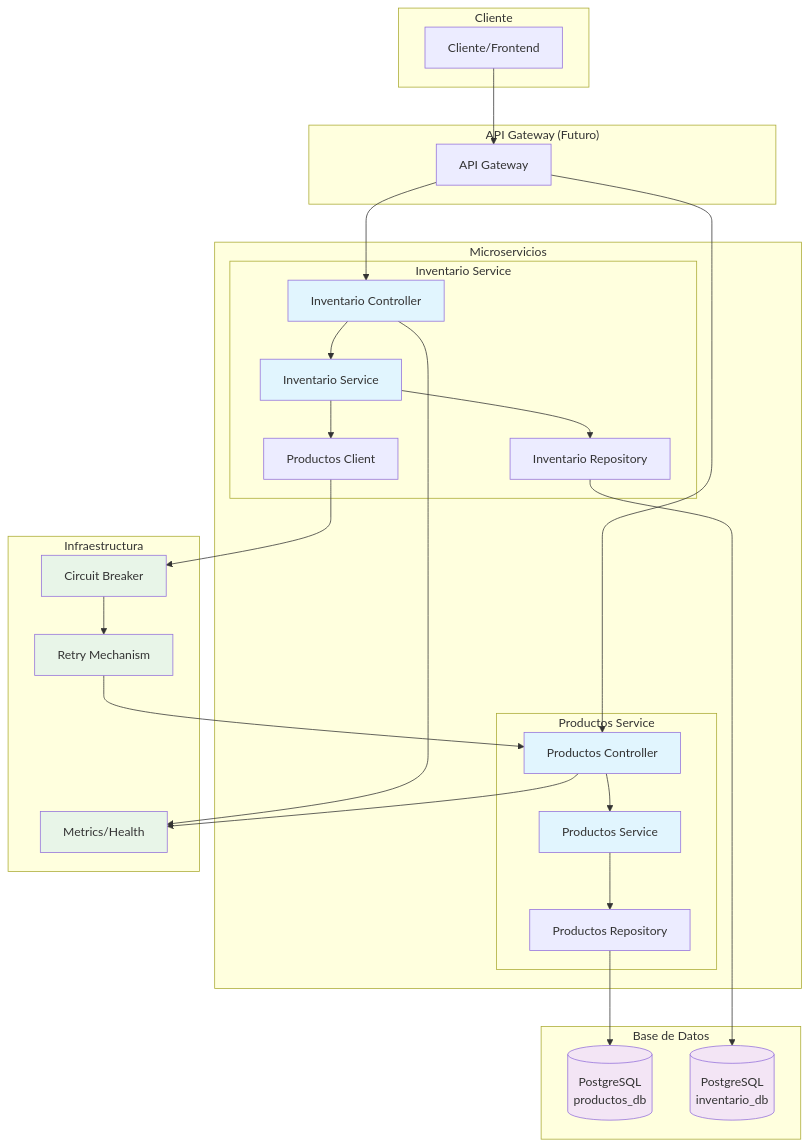
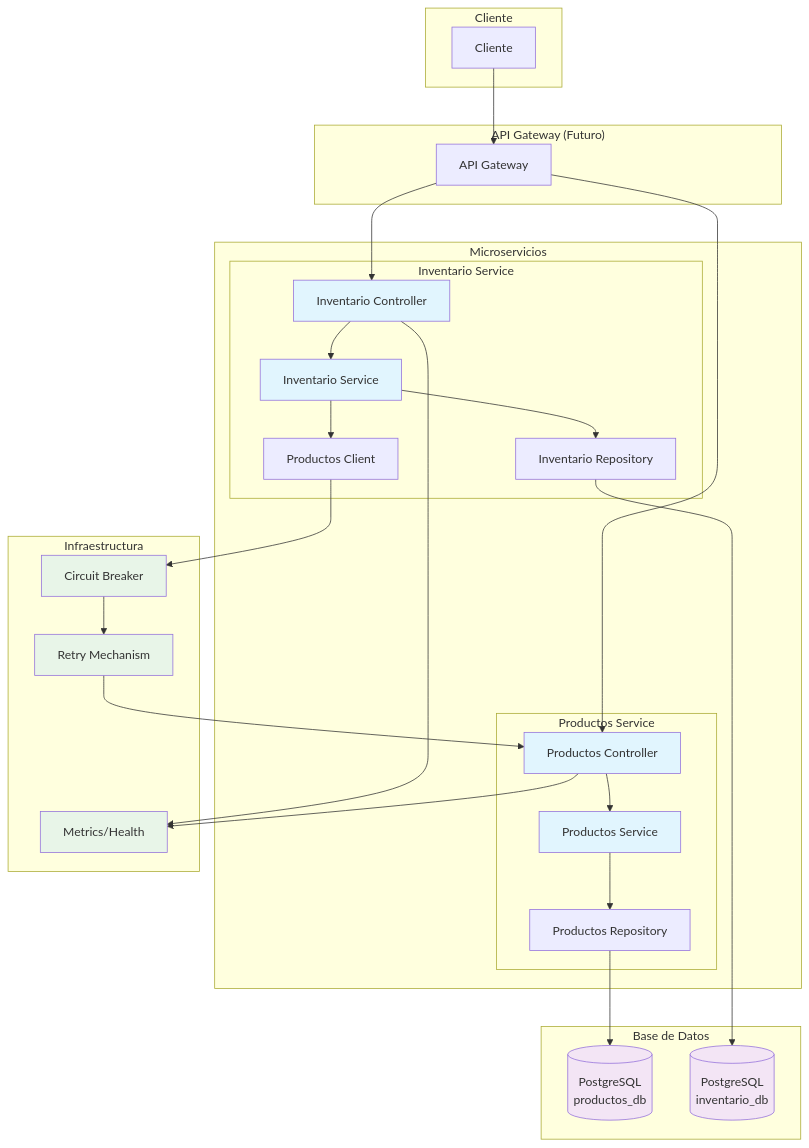
One commit to santiagoPinzonD/linktic changed the diagram in README.md. Above: the diagram before and after it, drawn with Mermaid. The commit also changed 1 other file, not shown here.

````diff
--- a/README.md
+++ b/README.md
@@ -24,64 +24,64 @@
 ```mermaid
 graph TB
     subgraph "Cliente"
-        C[Cliente/Frontend]
+        C[Cliente]
     end
     
     subgraph "API Gateway (Futuro)"
         AG[API Gateway]
     end
     
     subgraph "Microservicios"
         subgraph "Productos Service"
             PS[Productos Controller]
             PSS[Productos Service]
             PSR[Productos Repository]
         end
         
         subgraph "Inventario Service"
             IS[Inventario Controller]
             ISS[Inventario Service]
             ISR[Inventario Repository]
             PC[Productos Client]
         end
     end
     
     subgraph "Base de Datos"
         PDB[(PostgreSQL<br/>productos_db)]
         IDB[(PostgreSQL<br/>inventario_db)]
     end
     
     subgraph "Infraestructura"
         CB[Circuit Breaker]
         RT[Retry Mechanism]
         MT[Metrics/Health]
     end
     
     C --> AG
     AG --> PS
     AG --> IS
     
     PS --> PSS
     PSS --> PSR
     PSR --> PDB
     
     IS --> ISS
     ISS --> ISR
     ISR --> IDB
     
     ISS --> PC
     PC --> CB
     CB --> RT
     RT --> PS
     
     PS --> MT
     IS --> MT
     
     classDef service fill:#e1f5fe
     classDef database fill:#f3e5f5
     classDef infrastructure fill:#e8f5e8
     
     class PS,IS,PSS,ISS service
     class PDB,IDB database
     class CB,RT,MT infrastructure
 ```
````
